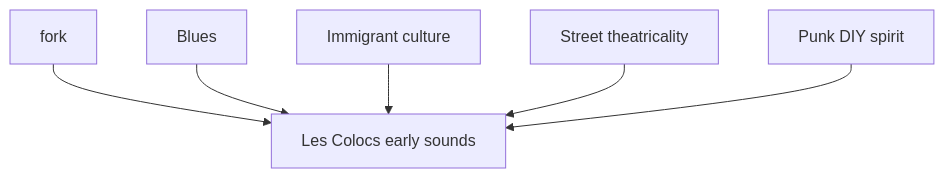
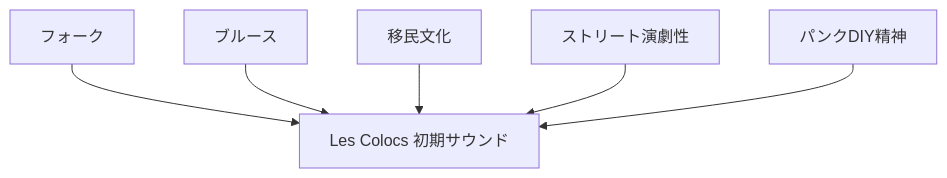
One commit to monumental-movement/monumental-movement.github.io changed the second of 5 diagrams in en/_posts/2026-05-07-column-les-colocs.md. Above: the diagram before and after it, drawn with Mermaid. The commit also changed other lines of this file and 2196 other files, not shown here.

```diff
--- a/en/_posts/2026-05-07-column-les-colocs.md
+++ b/en/_posts/2026-05-07-column-les-colocs.md
@@ -289,8 +289,8 @@
 <div class="mermaid">
 flowchart TD
-A["fork"] --> D["Les Colocs early sounds"]
-B["Blues"] --> D
-C["Immigrant culture"] --> D
-E["Street theatricality"] --> D
-F["Punk DIY spirit"] --> D
+A["フォーク"] --> D["Les Colocs 初期サウンド"]
+B["ブルース"] --> D
+C["移民文化"] --> D
+E["ストリート演劇性"] --> D
+F["パンクDIY精神"] --> D
 </div>
```
